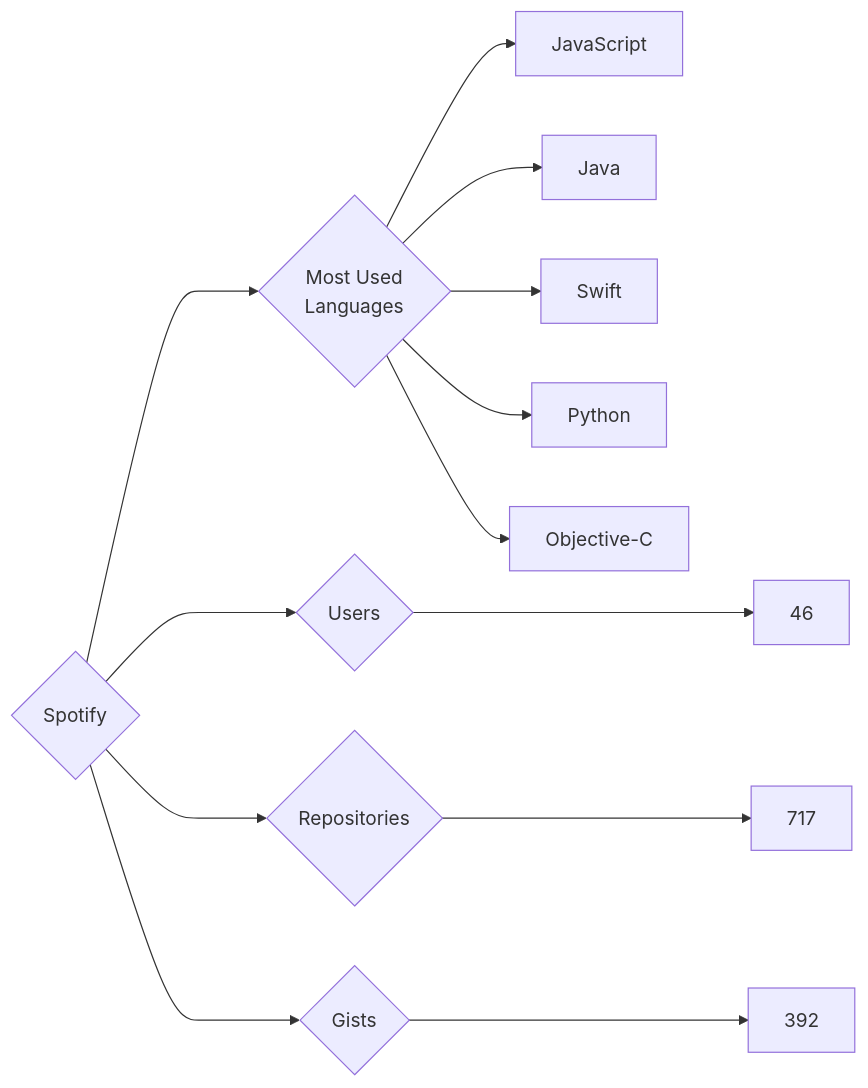
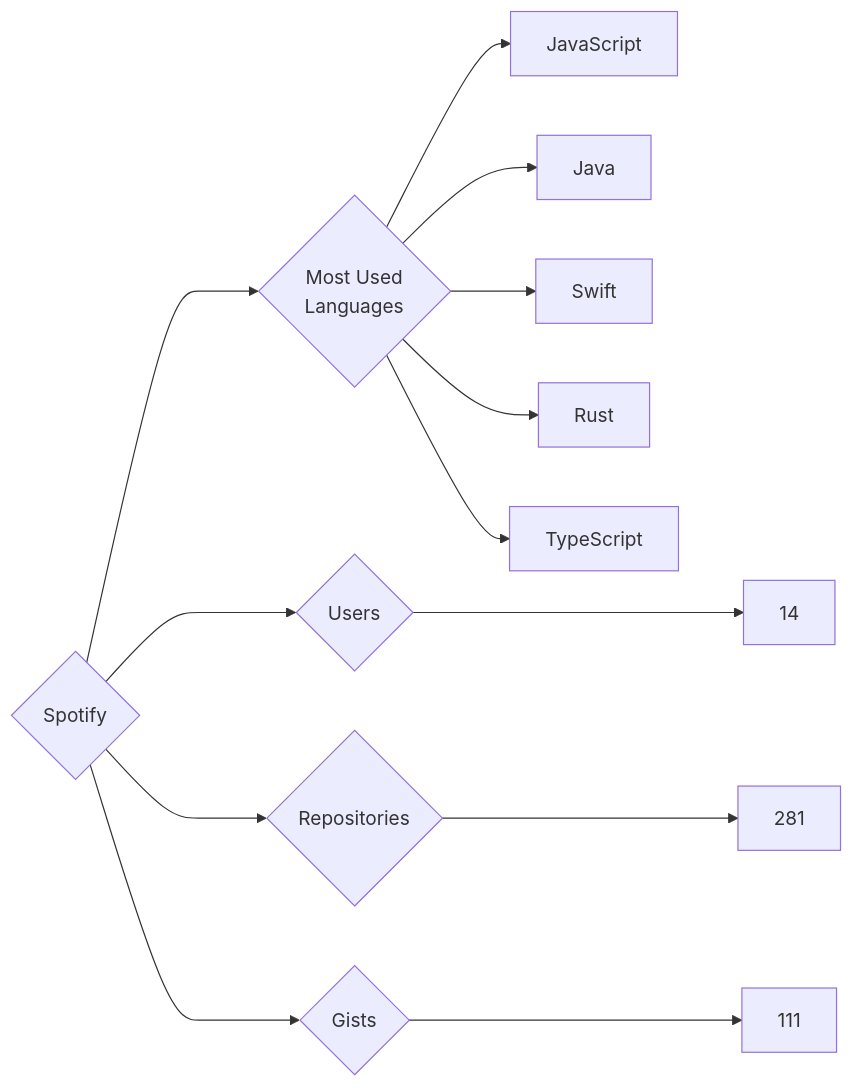
The diagram in targets/Spotify/README.md (trickest/insiders), drawn with Mermaid before and after one commit. The commit also changed 797 other files, not shown here.

````diff
--- a/targets/Spotify/README.md
+++ b/targets/Spotify/README.md
@@ -3,13 +3,13 @@
 ```mermaid
 graph LR
 COMPANY_NAME{Spotify}
-COMPANY_NAME ---> U{Users} ---> UN[46]
-COMPANY_NAME ---> R{Repositories} ---> RN[717]
-COMPANY_NAME ---> G{Gists} ---> GN[392]
+COMPANY_NAME ---> U{Users} ---> UN[14]
+COMPANY_NAME ---> R{Repositories} ---> RN[281]
+COMPANY_NAME ---> G{Gists} ---> GN[111]
 COMPANY_NAME ---> ML{Most Used<br>Languages}
 ML --> JavaScript[JavaScript]
 ML --> Java[Java]
 ML --> Swift[Swift]
-ML --> Python[Python]
-ML --> Objective-C[Objective-C]
+ML --> Rust[Rust]
+ML --> TypeScript[TypeScript]
 ```
````
